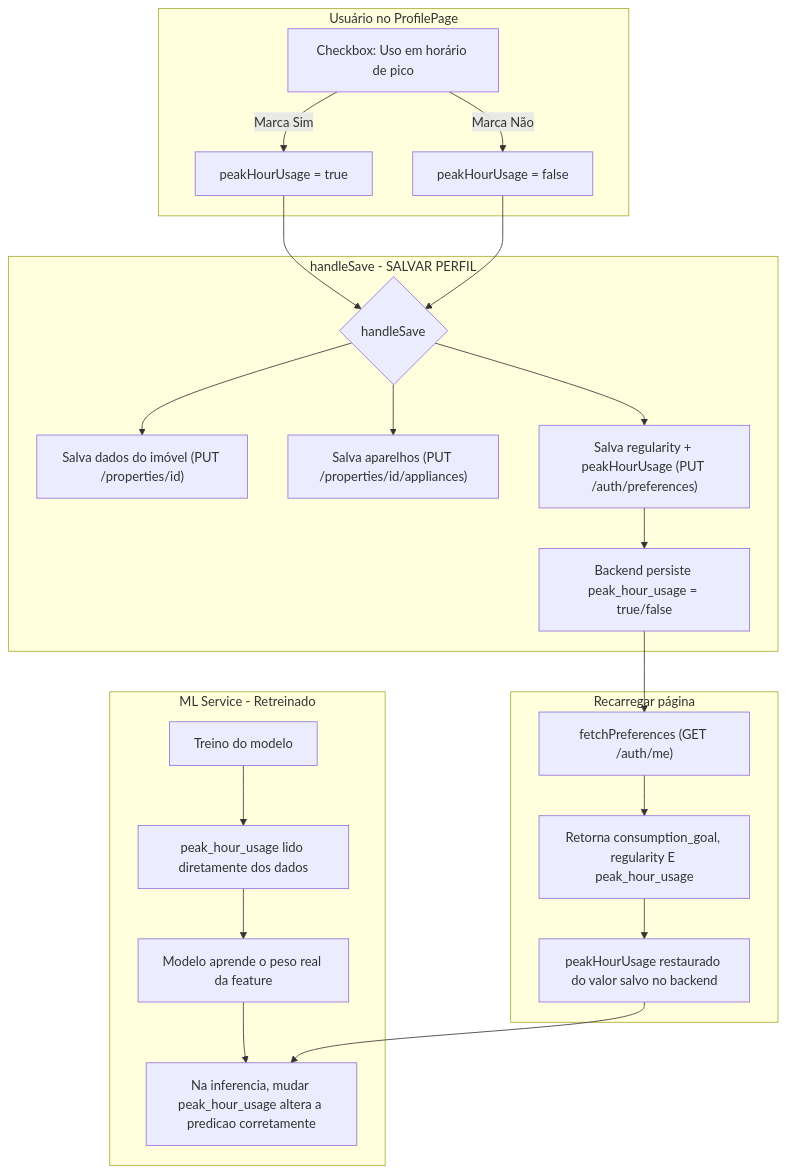
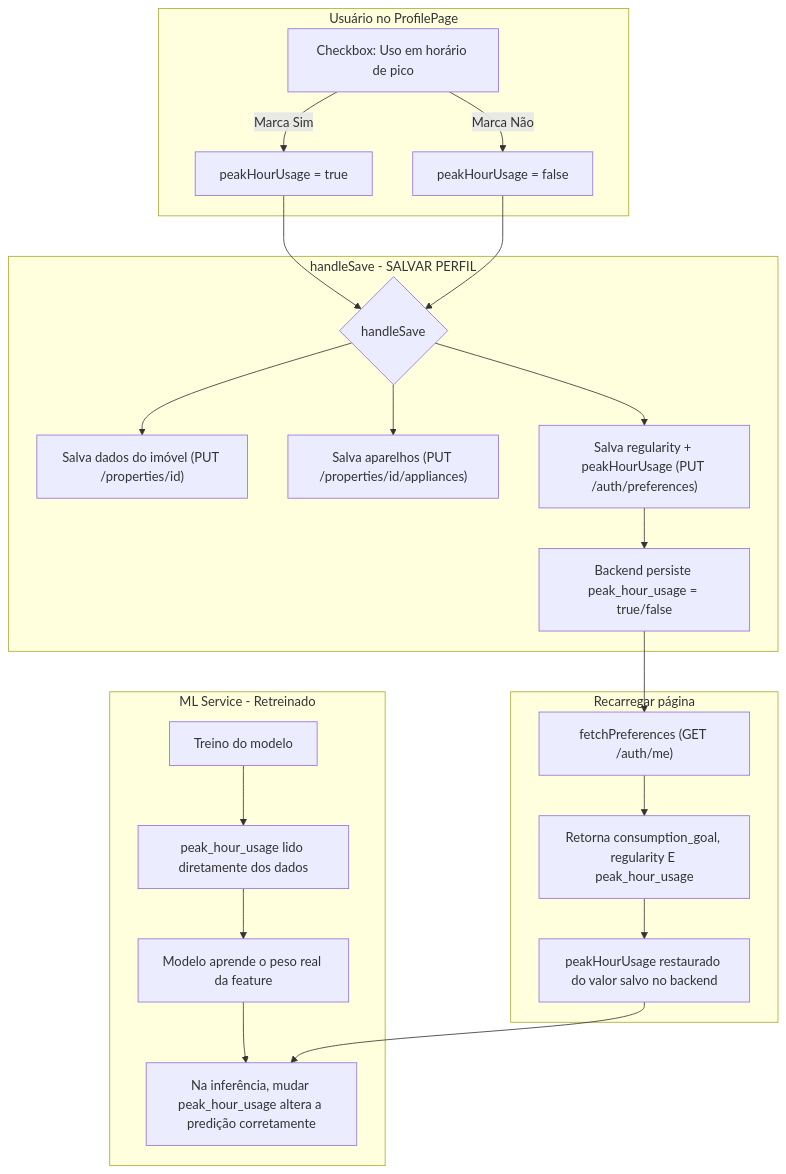
The second of 2 diagrams in docs/adr/0046-persistencia-e-independencia-peak-hour-usage.md (No-Country-simulation/G9-BR-TEAM-18), drawn with Mermaid before and after one commit. The commit also changed other lines of this file and 12 other files, not shown here.

````diff
--- a/docs/adr/0046-persistencia-e-independencia-peak-hour-usage.md
+++ b/docs/adr/0046-persistencia-e-independencia-peak-hour-usage.md
@@ -105,30 +118,30 @@
 ```mermaid
 flowchart TD
     subgraph Usuario["Usuário no ProfilePage"]
         A["Checkbox: Uso em horário de pico"] -->|"Marca Sim"| B["peakHourUsage = true"]
         A -->|"Marca Não"| C["peakHourUsage = false"]
     end
 
     subgraph Save["handleSave - SALVAR PERFIL"]
         B --> D{"handleSave"}
         C --> D
         D --> E["Salva dados do imóvel (PUT /properties/id)"]
         D --> F["Salva aparelhos (PUT /properties/id/appliances)"]
         D --> G["Salva regularity + peakHourUsage (PUT /auth/preferences)"]
         G --> H["Backend persiste peak_hour_usage = true/false"]
     end
 
     subgraph Reload["Recarregar página"]
         H --> I["fetchPreferences (GET /auth/me)"]
         I --> J["Retorna consumption_goal, regularity E peak_hour_usage"]
         J --> K["peakHourUsage restaurado do valor salvo no backend"]
     end
 
     subgraph ML["ML Service - Retreinado"]
         L["Treino do modelo"] --> M["peak_hour_usage lido diretamente dos dados"]
         M --> N["Modelo aprende o peso real da feature"]
-        N --> O["Na inferencia, mudar peak_hour_usage altera a predicao corretamente"]
+        N --> O["Na inferência, mudar peak_hour_usage altera a predição corretamente"]
     end
 
     K --> O
 ```
````
